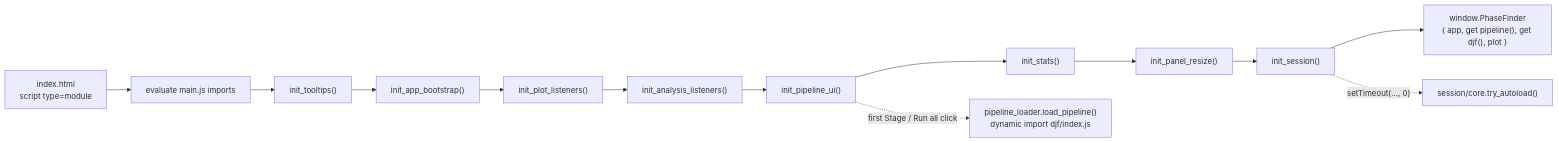
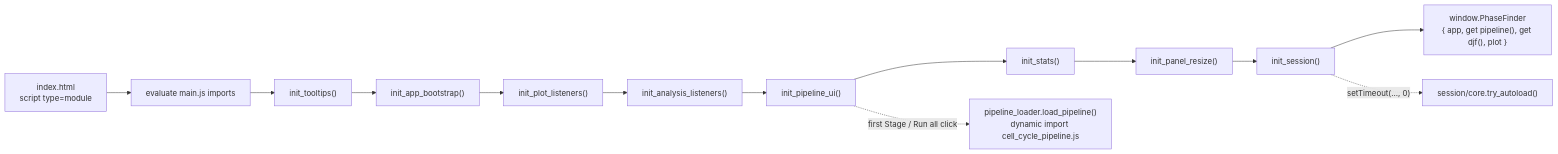
Before and after one commit to Latent-Lens/PhaseFinder: the second of 9 diagrams in docs/code-flow-diagrams.md, drawn with Mermaid. The commit also changed other lines of this file and 51 other files, not shown here.

Commit message:
refactor: modularize the cell-cycle analysis pipeline

````diff
--- a/docs/code-flow-diagrams.md
+++ b/docs/code-flow-diagrams.md
@@ -117,15 +118,15 @@
 ```mermaid
 flowchart LR
   H["index.html<br/>script type=module"] --> M["evaluate main.js imports"]
   M --> I1["init_tooltips()"]
   I1 --> I2["init_app_bootstrap()"]
   I2 --> I3["init_plot_listeners()"]
   I3 --> I4["init_analysis_listeners()"]
   I4 --> I5["init_pipeline_ui()"]
   I5 --> I6["init_stats()"]
   I6 --> I7["init_panel_resize()"]
   I7 --> I8["init_session()"]
   I8 --> HOOK["window.PhaseFinder<br/>{ app, get pipeline(), get djf(), plot }"]
   I8 -. "setTimeout(..., 0)" .-> AUTO["session/core.try_autoload()"]
-  I5 -. "first Stage / Run all click" .-> LAZY["pipeline_loader.load_pipeline()<br/>dynamic import djf/index.js"]
+  I5 -. "first Stage / Run all click" .-> LAZY["pipeline_loader.load_pipeline()<br/>dynamic import cell_cycle_pipeline.js"]
 ```
````
